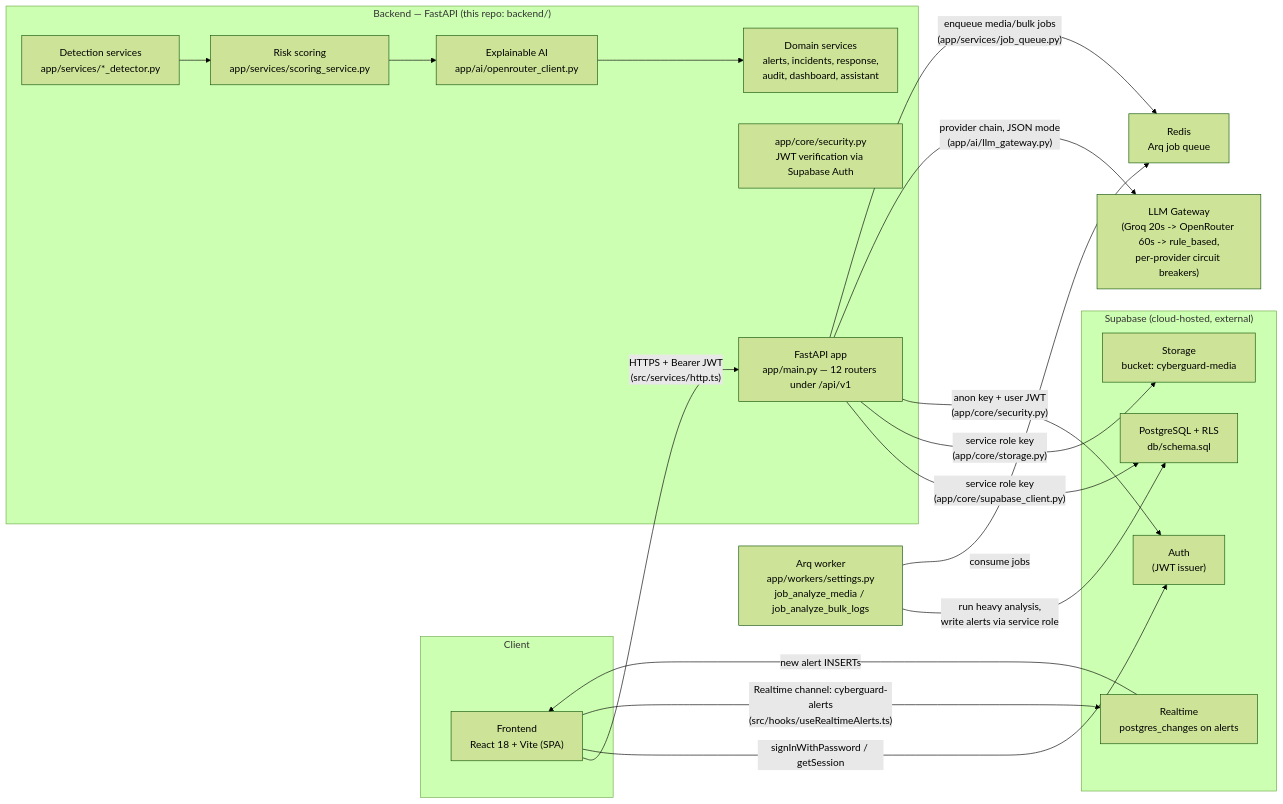
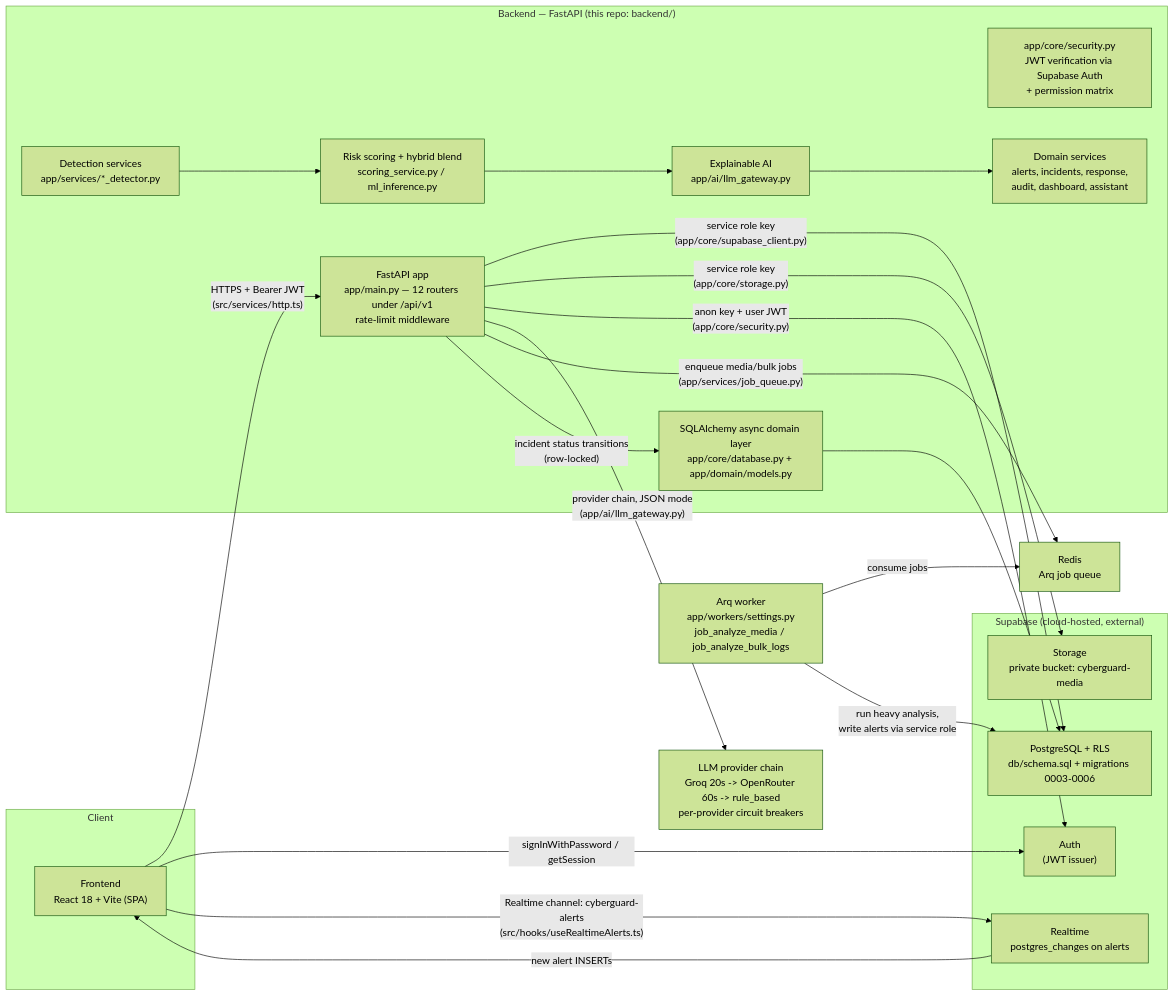
The diagram in backend/docs/architecture.md (chandan000000001/Hack_thon_bput), drawn with Mermaid (forest theme) before and after one commit. The commit also changed other lines of this file and 49 other files, not shown here.

````diff
--- a/backend/docs/architecture.md
+++ b/backend/docs/architecture.md
@@ -7,39 +7,41 @@
 ```mermaid
 flowchart LR
     subgraph Client
         FE["Frontend\nReact 18 + Vite (SPA)"]
     end
 
     subgraph Backend["Backend — FastAPI (this repo: backend/)"]
-        API["FastAPI app\napp/main.py — 12 routers under /api/v1"]
-        SEC["app/core/security.py\nJWT verification via Supabase Auth"]
+        API["FastAPI app\napp/main.py — 12 routers under /api/v1\nrate-limit middleware"]
+        SEC["app/core/security.py\nJWT verification via Supabase Auth\n+ permission matrix"]
         DET["Detection services\napp/services/*_detector.py"]
-        SCORE["Risk scoring\napp/services/scoring_service.py"]
-        XAI["Explainable AI\napp/ai/openrouter_client.py"]
+        SCORE["Risk scoring + hybrid blend\nscoring_service.py / ml_inference.py"]
+        XAI["Explainable AI\napp/ai/llm_gateway.py"]
         SVC["Domain services\nalerts, incidents, response,\naudit, dashboard, assistant"]
+        DBL["SQLAlchemy async domain layer\napp/core/database.py + app/domain/models.py"]
     end
 
     subgraph Supabase["Supabase (cloud-hosted, external)"]
         AUTH["Auth\n(JWT issuer)"]
-        DB["PostgreSQL + RLS\ndb/schema.sql"]
-        STO["Storage\nbucket: cyberguard-media"]
+        DB["PostgreSQL + RLS\ndb/schema.sql + migrations 0003-0006"]
+        STO["Storage\nprivate bucket: cyberguard-media"]
         RT["Realtime\npostgres_changes on alerts"]
     end
 
-    LLM["LLM Gateway\n(Groq 20s -> OpenRouter 60s -> rule_based,\nper-provider circuit breakers)"]
+    LLM["LLM provider chain\nGroq 20s -> OpenRouter 60s -> rule_based\nper-provider circuit breakers"]
     REDIS["Redis\nArq job queue"]
     WORKER["Arq worker\napp/workers/settings.py\njob_analyze_media / job_analyze_bulk_logs"]
 
     FE -- "HTTPS + Bearer JWT\n(src/services/http.ts)" --> API
     FE -- "signInWithPassword / getSession" --> AUTH
     FE -- "Realtime channel: cyberguard-alerts\n(src/hooks/useRealtimeAlerts.ts)" --> RT
     API -- "service role key\n(app/core/supabase_client.py)" --> DB
     API -- "service role key\n(app/core/storage.py)" --> STO
     API -- "anon key + user JWT\n(app/core/security.py)" --> AUTH
     API -- "provider chain, JSON mode\n(app/ai/llm_gateway.py)" --> LLM
     API -- "enqueue media/bulk jobs\n(app/services/job_queue.py)" --> REDIS
+    WORKER -- "consume jobs" --> REDIS
     WORKER -- "run heavy analysis,\nwrite alerts via service role" --> DB
-    WORKER -- "consume jobs" --> REDIS
+    API -- "incident status transitions\n(row-locked)" --> DBL --> DB
     DET --> SCORE --> XAI --> SVC
     RT -- "new alert INSERTs" --> FE
 ```
````
